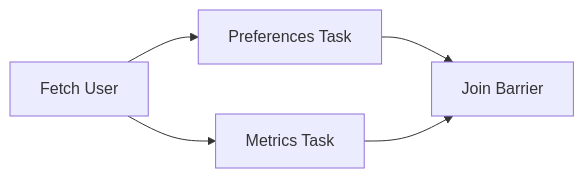
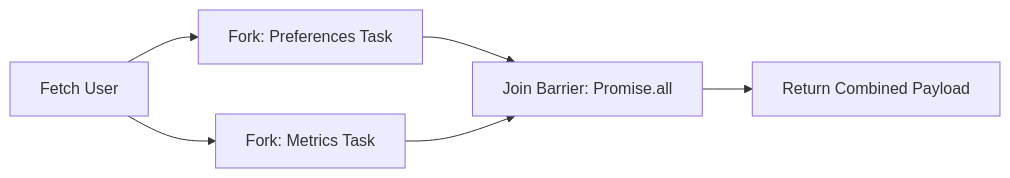
Before and after one commit to seanwhs/Tutorials: the second of 3 diagrams in JavaScript/AI-Powered-CLI-Dashboard-with-Async-JS.md, drawn with Mermaid. The commit also changed other lines of this file, not shown here.

````diff
--- a/JavaScript/AI-Powered-CLI-Dashboard-with-Async-JS.md
+++ b/JavaScript/AI-Powered-CLI-Dashboard-with-Async-JS.md
@@ -206,7 +243,9 @@
 ```mermaid
 flowchart LR
-    A[Fetch User] --> B1[Preferences Task]
-    A --> B2[Metrics Task]
-    B1 --> C[Join Barrier]
+    A[Fetch User] --> B1[Fork: Preferences Task]
+    A --> B2[Fork: Metrics Task]
+    B1 --> C[Join Barrier: Promise.all]
     B2 --> C
+    C --> D[Return Combined Payload]
+
 ```
````
